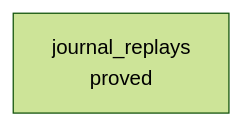
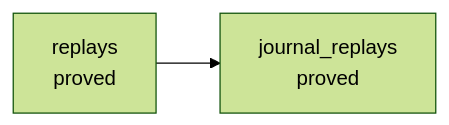
One commit to pure-algebra/lean4-effect4 changed diagram 13 of 13 in generated/semantics.md. Above: the diagram before and after it, drawn with Mermaid (forest theme). The commit also changed other lines of this file and 5 other files, not shown here.

````diff
--- a/generated/semantics.md
+++ b/generated/semantics.md
@@ -2920,4 +3026,6 @@
 ```mermaid
 flowchart LR
   n0["journal_replays<br/>proved"]
+  n1["replays<br/>proved"]
+  n1 --> n0
 ```
````
